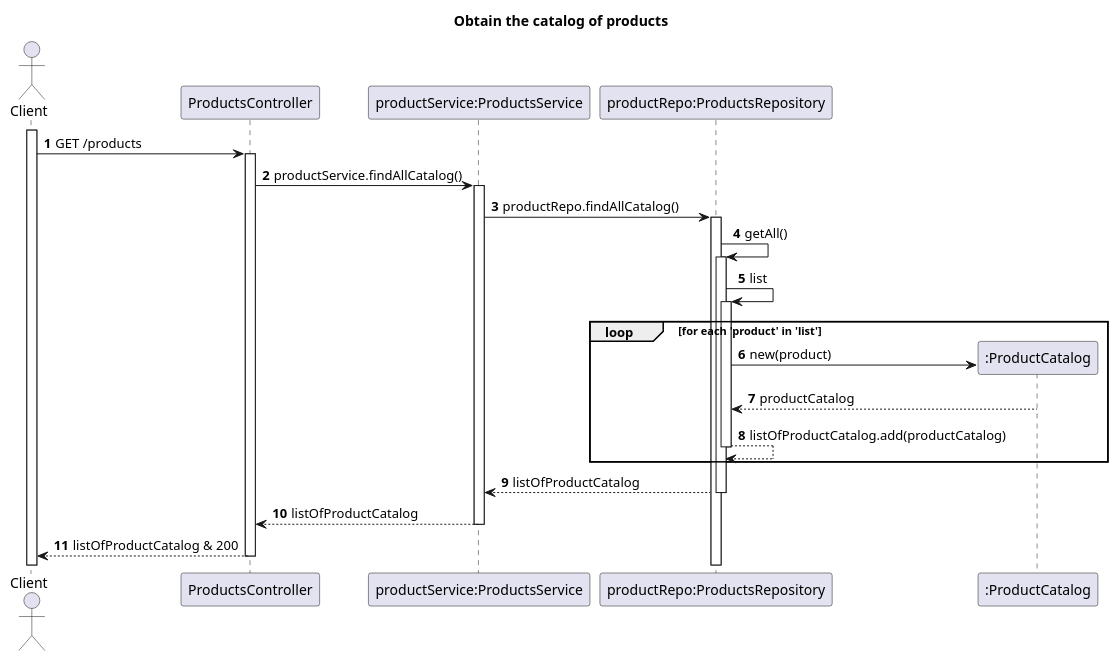
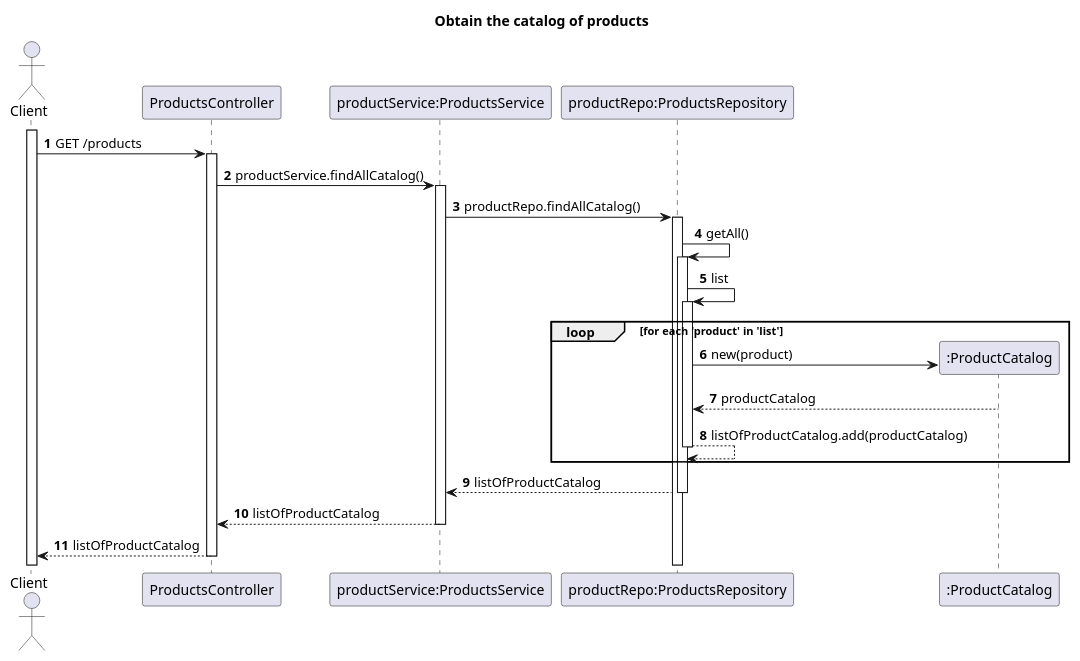
Before and after one commit to TiagoNora/SIDIS-Docs: the diagram in Docs/US01-SD.puml, drawn with PlantUML. The commit also changed 2 other files, not shown here.

```diff
--- a/Docs/US01-SD.puml
+++ b/Docs/US01-SD.puml
@@ -1,30 +1,30 @@
 @startuml
 'https://plantuml.com/sequence-diagram
 
 title Obtain the catalog of products
 autoactivate on
 autonumber
 
 actor "Client" as client
 participant "ProductsController" as controller
 participant "productService:ProductsService" as service
 participant "productRepo:ProductsRepository" as repository
 participant ":ProductCatalog" as details
 
 activate client
 
 client -> controller : GET /products
 controller -> service : productService.findAllCatalog()
 service -> repository: productRepo.findAllCatalog()
 repository -> repository: getAll()
 repository -> repository: list
 loop for each 'product' in 'list'
     repository -> details**: new(product)
     details --> repository: productCatalog
     repository --> repository: listOfProductCatalog.add(productCatalog)
 end loop
 repository --> service: listOfProductCatalog
 service --> controller: listOfProductCatalog
-controller --> client: listOfProductCatalog & 200
+controller --> client: listOfProductCatalog
 
 @enduml
```
